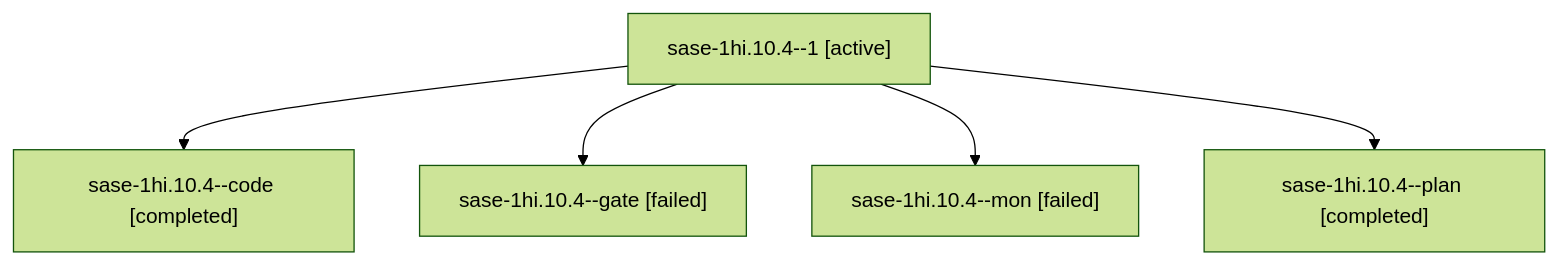
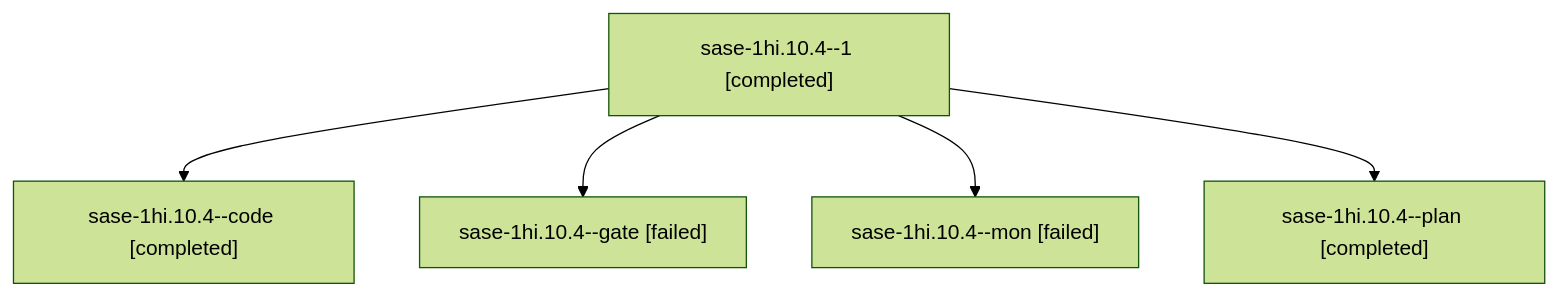
Before and after one commit to sase-org/sase--agents: the diagram in sessions/bbugyi200.apollo.sase-1hi.10.4.md, drawn with Mermaid (forest theme). The commit also changed other lines of this file and 127 other files, not shown here.

````diff
--- a/sessions/bbugyi200.apollo.sase-1hi.10.4.md
+++ b/sessions/bbugyi200.apollo.sase-1hi.10.4.md
@@ -9,12 +9,12 @@
 ```mermaid
 flowchart TD
-  n0["sase-1hi.10.4--1 [active]"]
+  n0["sase-1hi.10.4--1 [completed]"]
   n1["sase-1hi.10.4--code [completed]"]
   n0 --> n1
   n2["sase-1hi.10.4--gate [failed]"]
   n0 --> n2
   n3["sase-1hi.10.4--mon [failed]"]
   n0 --> n3
   n4["sase-1hi.10.4--plan [completed]"]
   n0 --> n4
 ```
````
